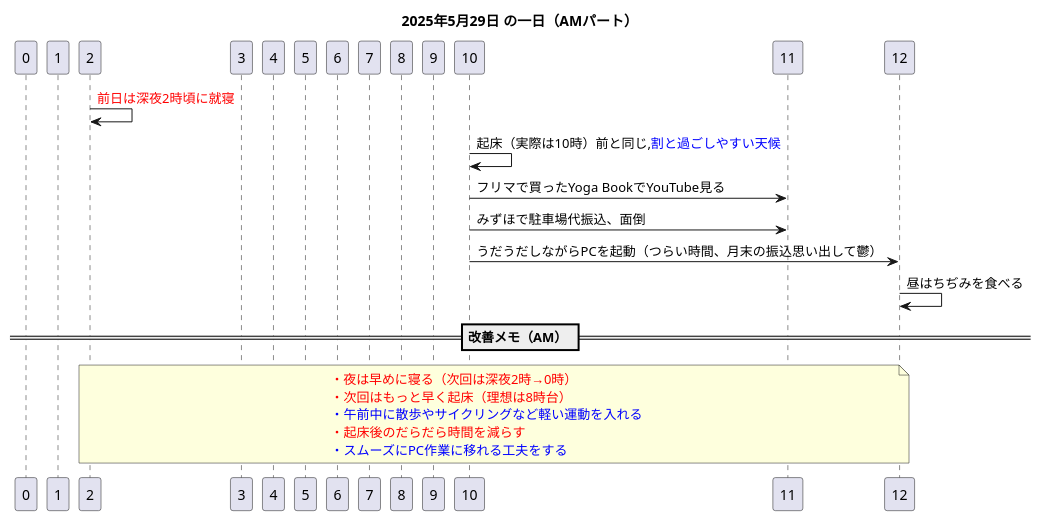
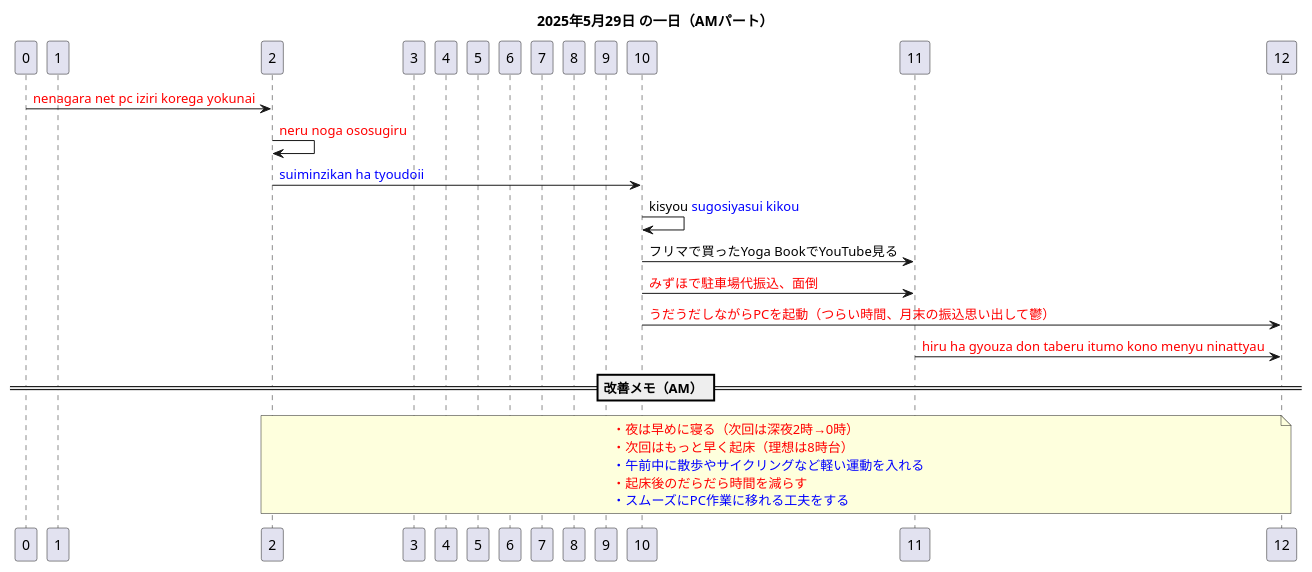
Before and after one commit to coacoa/images: the diagram in diary_250529am.pu, drawn with PlantUML. The commit also changed 3 other files, not shown here.

```diff
--- a/diary_250529am.pu
+++ b/diary_250529am.pu
@@ -1,34 +1,36 @@
 @startuml
 title 2025年5月29日 の一日（AMパート）
 
 participant "0" as T0
 participant "1" as T1
 participant "2" as T2
 participant "3" as T3
 participant "4" as T4
 participant "5" as T5
 participant "6" as T6
 participant "7" as T7
 participant "8" as T8
 participant "9" as T9
 participant "10" as T10
 participant "11" as T11
 participant "12" as T12
 
-T2 -> T2: <font color=red>前日は深夜2時頃に就寝</font>
-T10 -> T10: 起床（実際は10時）前と同じ,<font color=blue>割と過ごしやすい天候</font>
+T0 -> T2: <font color=red>nenagara net pc iziri korega yokunai</font>
+T2 -> T2: <font color=red>neru noga ososugiru</font>
+T2 -> T10: <font color=blue>suiminzikan ha tyoudoii</font>
+T10 -> T10: kisyou <font color=blue>sugosiyasui kikou</font>
 T10 -> T11: フリマで買ったYoga BookでYouTube見る
-T10 -> T11: みずほで駐車場代振込、面倒
-T10 -> T12: うだうだしながらPCを起動（つらい時間、月末の振込思い出して鬱）
-T12 -> T12: 昼はちぢみを食べる
+T10 -> T11: <font color=red>みずほで駐車場代振込、面倒</font>
+T10 -> T12: <font color=red>うだうだしながらPCを起動（つらい時間、月末の振込思い出して鬱）</font>
+T11 -> T12: <font color=red>hiru ha gyouza don taberu itumo kono menyu ninattyau</font>
 
 == 改善メモ（AM） ==
 note over T2, T12
 <color:red>・夜は早めに寝る（次回は深夜2時→0時）</color>  
 <color:red>・次回はもっと早く起床（理想は8時台）</color>  
 <color:blue>・午前中に散歩やサイクリングなど軽い運動を入れる</color>  
 <color:red>・起床後のだらだら時間を減らす</color>  
 <color:blue>・スムーズにPC作業に移れる工夫をする</color>
 end note
 
 @enduml
```
